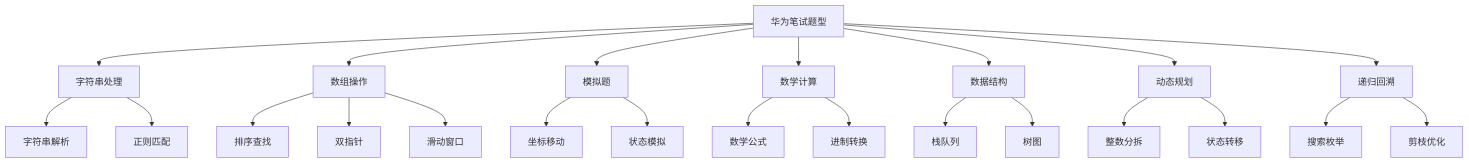
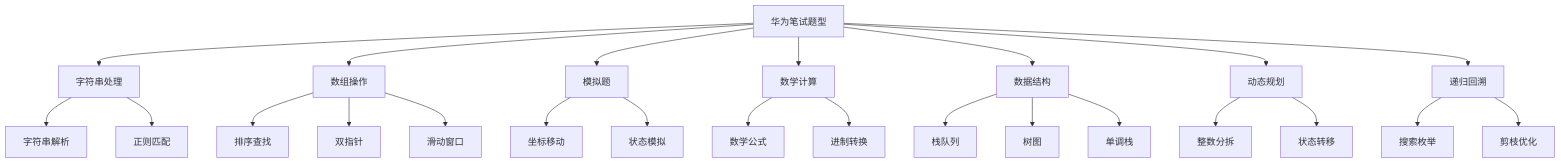
The diagram in README.md (Scorpio69t/HuaweiExam), drawn with Mermaid before and after one commit. The commit also changed other lines of this file and 4 other files, not shown here.

````diff
--- a/README.md
+++ b/README.md
@@ -103,26 +109,27 @@
 ```mermaid
 graph TD
     A[华为笔试题型] --> B[字符串处理]
     A --> C[数组操作]
     A --> D[模拟题]
     A --> E[数学计算]
     A --> F[数据结构]
     A --> G[动态规划]
     A --> H[递归回溯]
     
     B --> I[字符串解析]
     B --> J[正则匹配]
     C --> K[排序查找]
     C --> L[双指针]
     C --> M1[滑动窗口]
     D --> M[坐标移动]
     D --> N[状态模拟]
     E --> O[数学公式]
     E --> P[进制转换]
     F --> Q[栈队列]
     F --> R[树图]
+    F --> S1[单调栈]
     G --> S[整数分拆]
     G --> T[状态转移]
     H --> U[搜索枚举]
     H --> V[剪枝优化]
 ```
````
